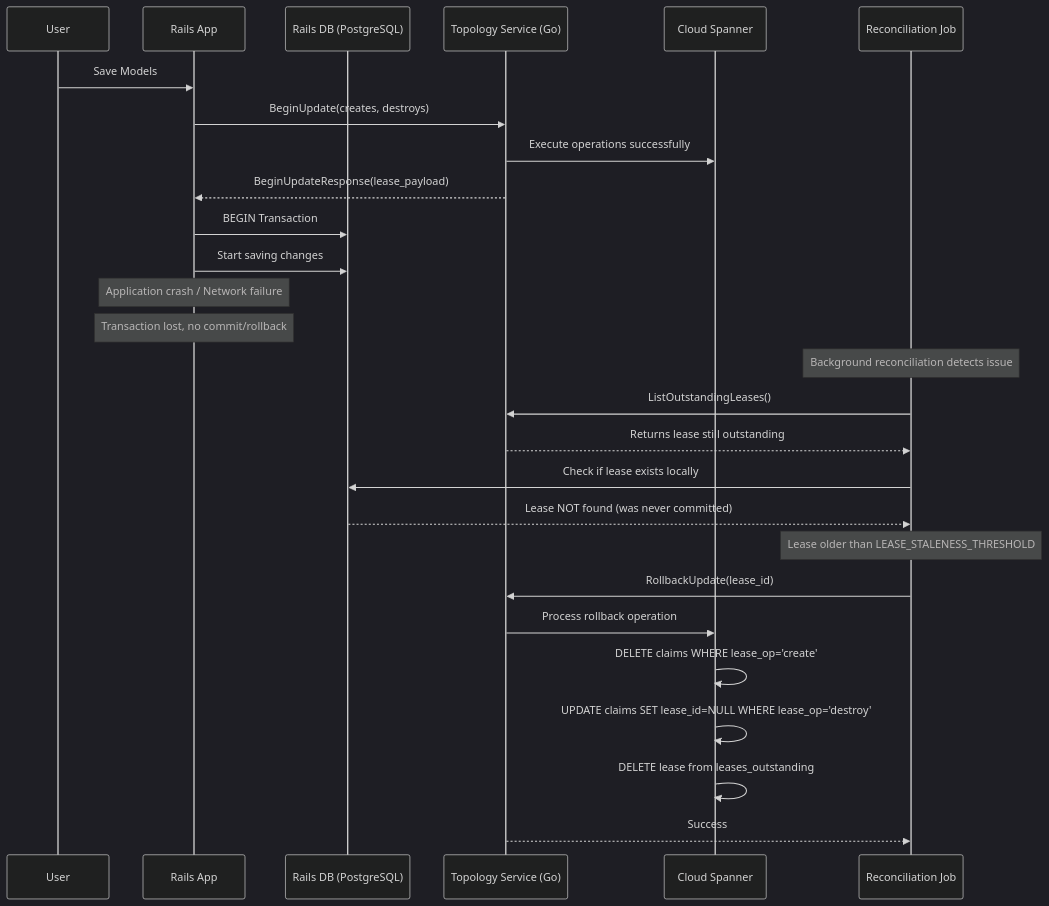
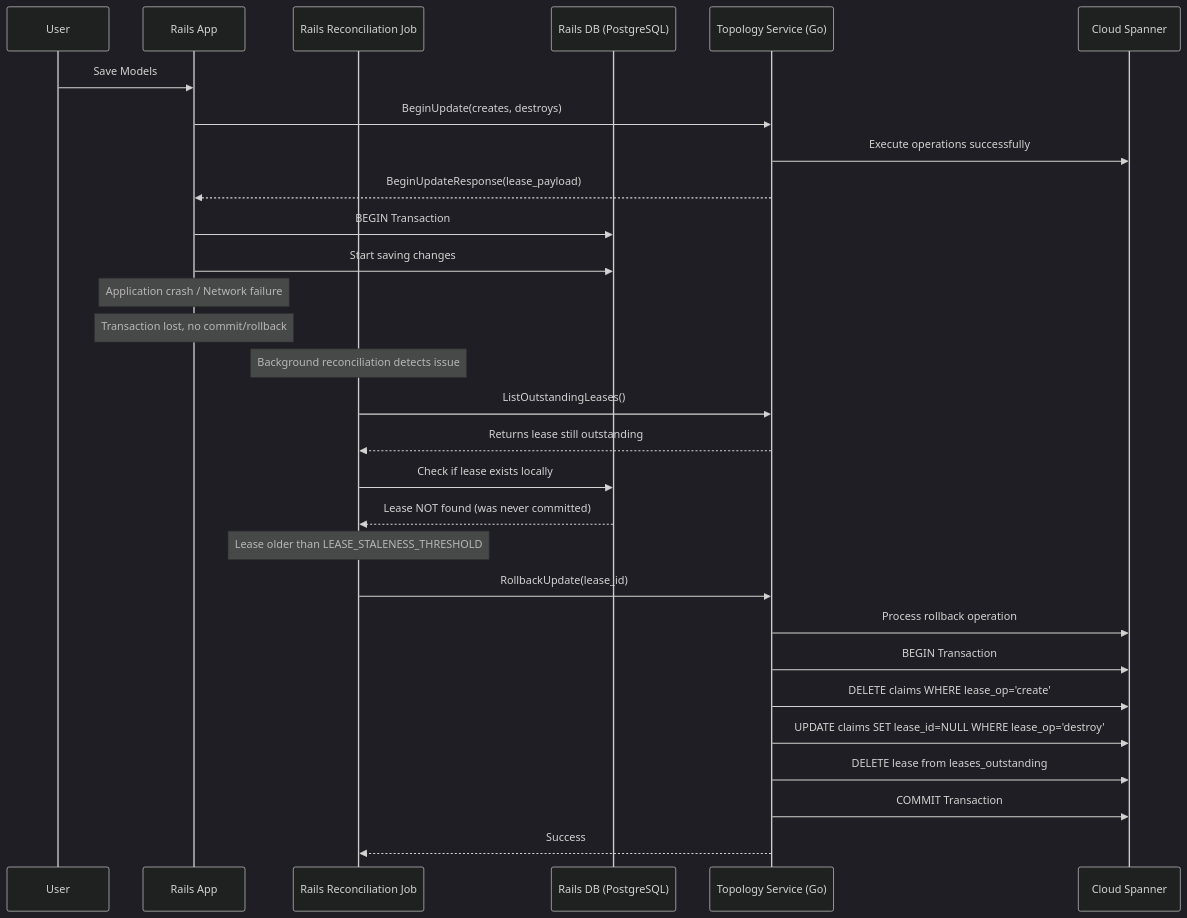
The seventh of 10 diagrams in content/handbook/engineering/architecture/design-documents/cells/topology_service_transactional_behavior.md (zalyoung/gitlab-handbook), drawn with Mermaid (dark theme) before and after one commit. The commit also changed other lines of this file, not shown here.

````diff
--- a/content/handbook/engineering/architecture/design-documents/cells/topology_service_transactional_behavior.md
+++ b/content/handbook/engineering/architecture/design-documents/cells/topology_service_transactional_behavior.md
@@ -941,33 +920,35 @@
 ```mermaid
 sequenceDiagram
     participant User
     participant Rails as Rails App
+    participant Reconciliation as Rails Reconciliation Job
     participant RailsDB as Rails DB (PostgreSQL)
     participant TopologyService as Topology Service (Go)
     participant CloudSpanner as Cloud Spanner
-    participant Reconciliation as Reconciliation Job
 
     User->>Rails: Save Models
     Rails->>TopologyService: BeginUpdate(creates, destroys)
     TopologyService->>CloudSpanner: Execute operations successfully
     TopologyService-->>Rails: BeginUpdateResponse(lease_payload)
     
     Rails->>RailsDB: BEGIN Transaction
     Rails->>RailsDB: Start saving changes
     Note over Rails: Application crash / Network failure
     Note over Rails: Transaction lost, no commit/rollback
     
     Note over Reconciliation: Background reconciliation detects issue
     Reconciliation->>TopologyService: ListOutstandingLeases()
     TopologyService-->>Reconciliation: Returns lease still outstanding
     Reconciliation->>RailsDB: Check if lease exists locally
     RailsDB-->>Reconciliation: Lease NOT found (was never committed)
     
     Note over Reconciliation: Lease older than LEASE_STALENESS_THRESHOLD
     Reconciliation->>TopologyService: RollbackUpdate(lease_id)
     TopologyService->>CloudSpanner: Process rollback operation
-    CloudSpanner->>CloudSpanner: DELETE claims WHERE lease_op='create'
-    CloudSpanner->>CloudSpanner: UPDATE claims SET lease_id=NULL WHERE lease_op='destroy'
-    CloudSpanner->>CloudSpanner: DELETE lease from leases_outstanding
+    TopologyService->>CloudSpanner: BEGIN Transaction
+    TopologyService->>CloudSpanner: DELETE claims WHERE lease_op='create'
+    TopologyService->>CloudSpanner: UPDATE claims SET lease_id=NULL WHERE lease_op='destroy'
+    TopologyService->>CloudSpanner: DELETE lease from leases_outstanding
+    TopologyService->>CloudSpanner: COMMIT Transaction
     TopologyService-->>Reconciliation: Success
 ```
````
